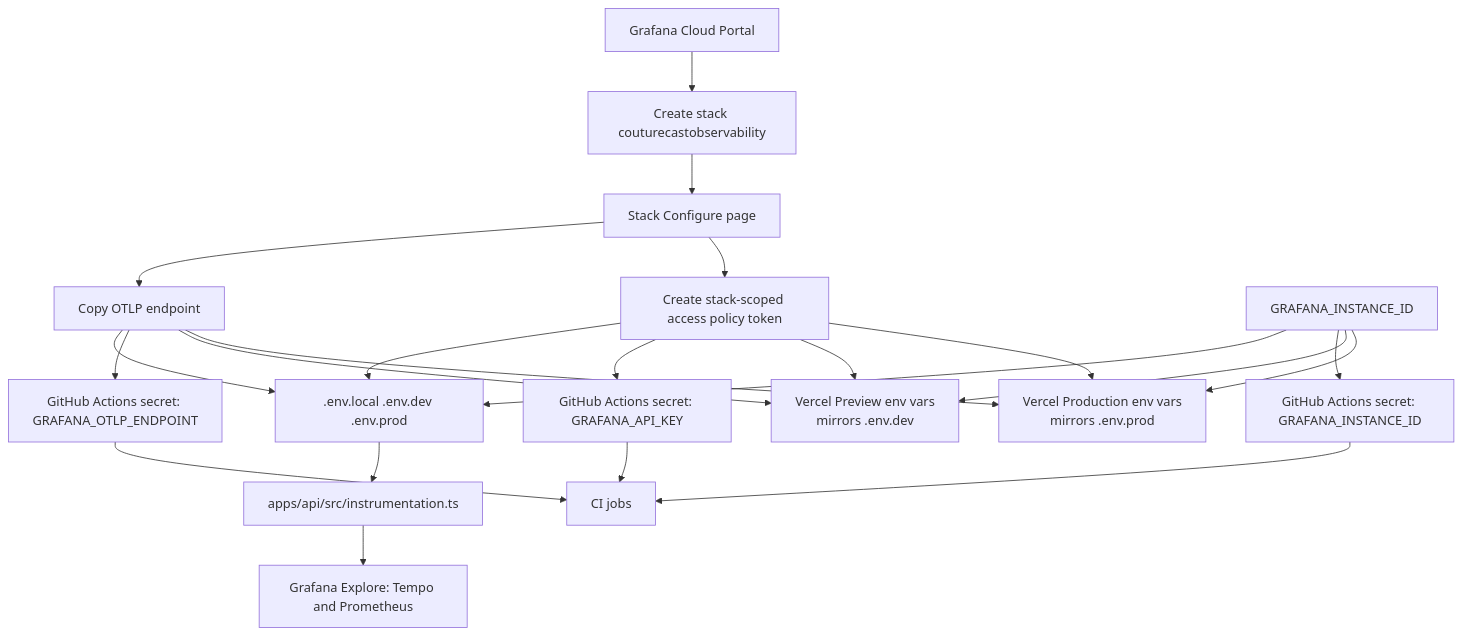
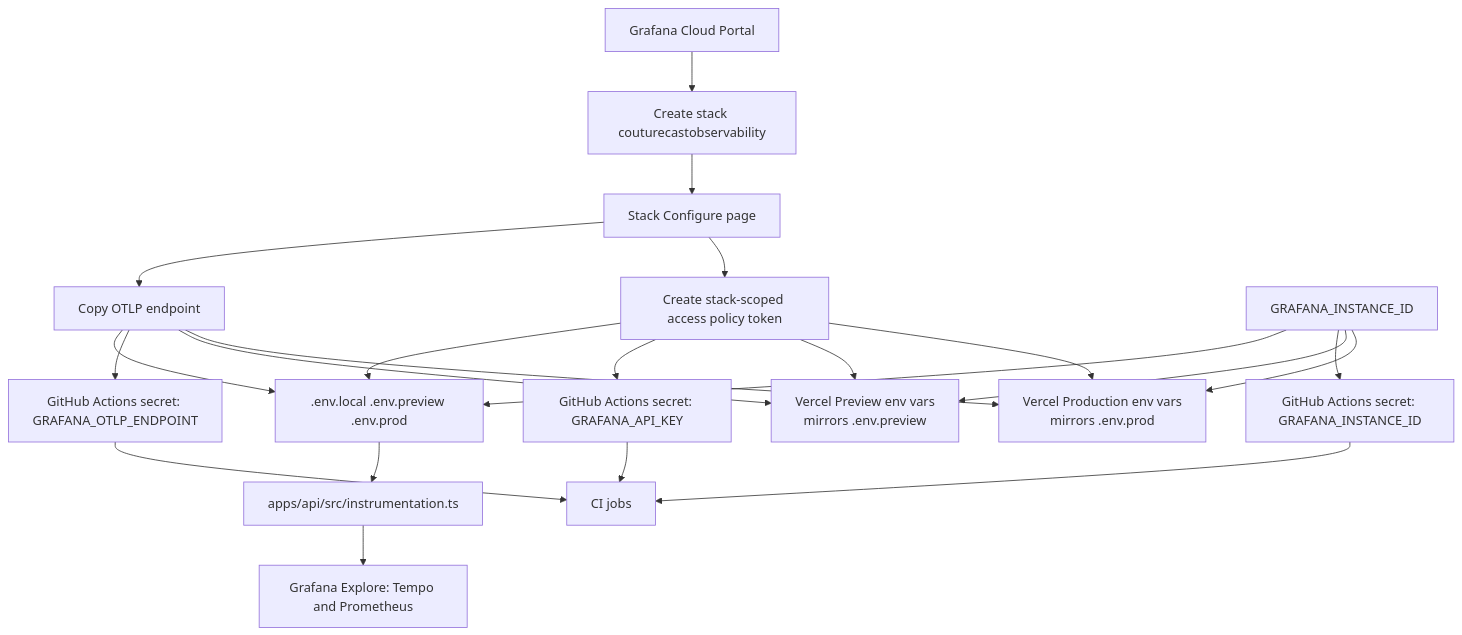
Before and after one commit to muratkeremozcan/couture-cast: the tenth of 16 diagrams in _bmad-output/project-knowledge/learning-path-step-by-step.md, drawn with Mermaid. The commit also changed other lines of this file and 38 other files, not shown here.

````diff
--- a/_bmad-output/project-knowledge/learning-path-step-by-step.md
+++ b/_bmad-output/project-knowledge/learning-path-step-by-step.md
@@ -1144,24 +1142,24 @@
 ```mermaid
 flowchart TD
   portal["Grafana Cloud Portal"] --> stack["Create stack couturecastobservability"]
   stack --> configure["Stack Configure page"]
   configure --> endpoint["Copy OTLP endpoint"]
   configure --> token["Create stack-scoped access policy token"]
-  endpoint --> envfiles[".env.local .env.dev .env.prod"]
+  endpoint --> envfiles[".env.local .env.preview .env.prod"]
   id --> envfiles
   token --> envfiles
   endpoint --> gh["GitHub Actions secret: GRAFANA_OTLP_ENDPOINT"]
   id["GRAFANA_INSTANCE_ID"] --> gh2["GitHub Actions secret: GRAFANA_INSTANCE_ID"]
   token --> gh3["GitHub Actions secret: GRAFANA_API_KEY"]
-  endpoint --> vercelPreview["Vercel Preview env vars<br/>mirrors .env.dev"]
+  endpoint --> vercelPreview["Vercel Preview env vars<br/>mirrors .env.preview"]
   id --> vercelPreview
   token --> vercelPreview
   endpoint --> vercelProd["Vercel Production env vars<br/>mirrors .env.prod"]
   id --> vercelProd
   token --> vercelProd
   envfiles --> api["apps/api/src/instrumentation.ts"]
   gh --> ci["CI jobs"]
   gh2 --> ci
   gh3 --> ci
   api --> grafana["Grafana Explore: Tempo and Prometheus"]
 ```
````
